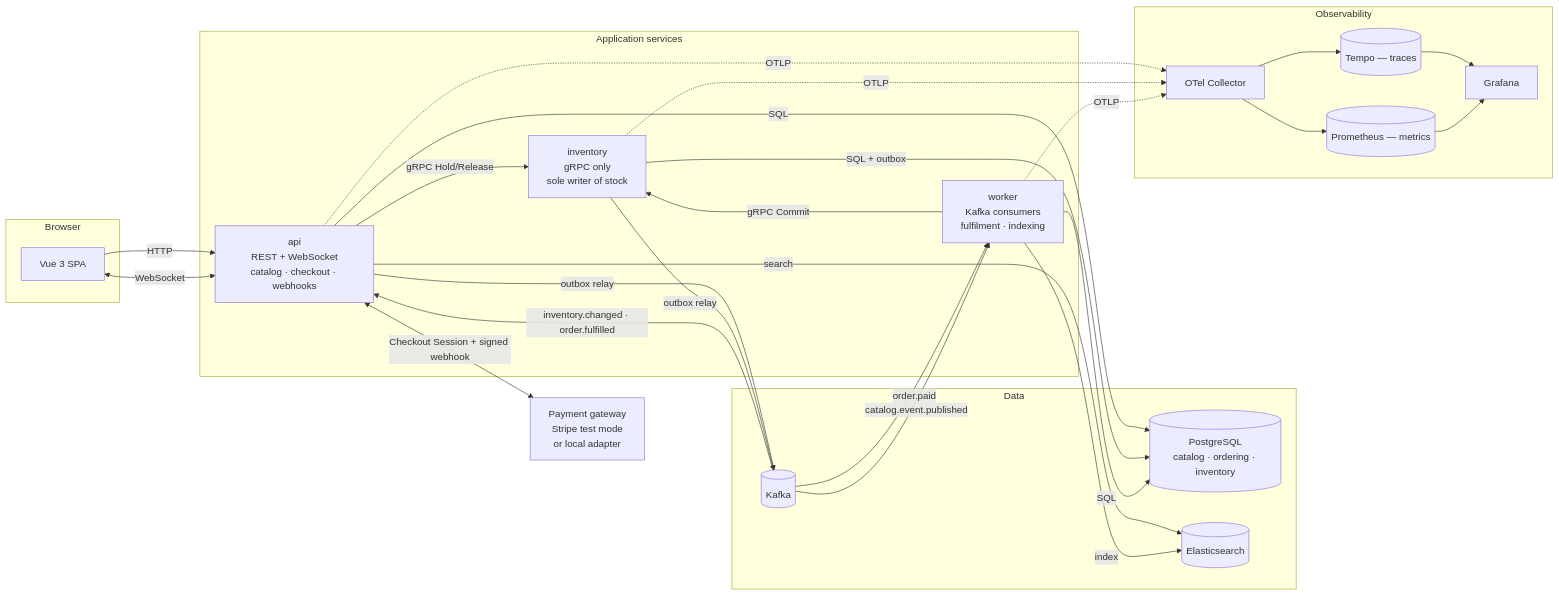
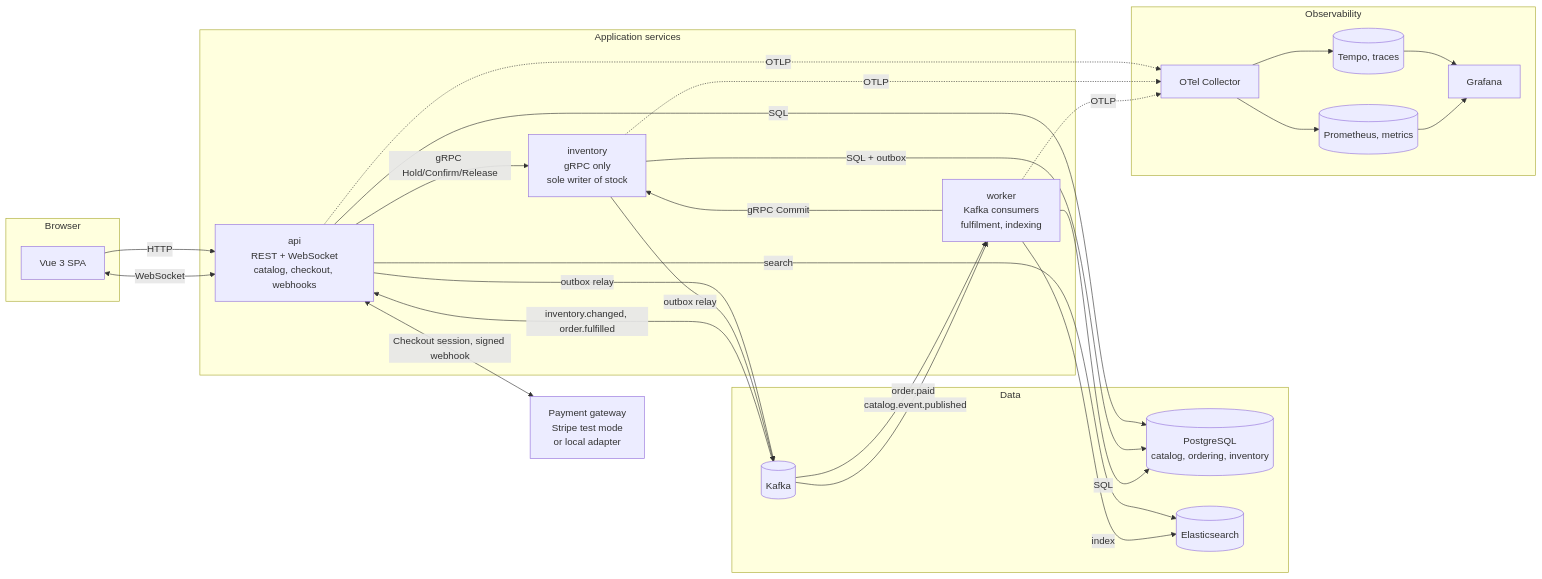
Before and after one commit to Y-sebaei/event-ticketing-platform: the diagram in README.md, drawn with Mermaid. The commit also changed other lines of this file and 1 other file, not shown here.

````diff
--- a/README.md
+++ b/README.md
@@ -13,51 +18,51 @@
 ```mermaid
 flowchart LR
     subgraph browser [Browser]
         WEB[Vue 3 SPA]
     end
 
     subgraph services [Application services]
-        API[api<br/>REST + WebSocket<br/>catalog · checkout · webhooks]
+        API[api<br/>REST + WebSocket<br/>catalog, checkout, webhooks]
         INV[inventory<br/>gRPC only<br/>sole writer of stock]
-        WRK[worker<br/>Kafka consumers<br/>fulfilment · indexing]
+        WRK[worker<br/>Kafka consumers<br/>fulfilment, indexing]
     end
 
     subgraph data [Data]
-        PG[(PostgreSQL<br/>catalog · ordering · inventory)]
+        PG[(PostgreSQL<br/>catalog, ordering, inventory)]
         ES[(Elasticsearch)]
         KFK[(Kafka)]
     end
 
     subgraph obs [Observability]
         OTEL[OTel Collector]
-        TEMPO[(Tempo — traces)]
-        PROM[(Prometheus — metrics)]
+        TEMPO[(Tempo, traces)]
+        PROM[(Prometheus, metrics)]
         GRAF[Grafana]
     end
 
     PAY[Payment gateway<br/>Stripe test mode<br/>or local adapter]
 
     WEB -->|HTTP| API
     WEB <-->|WebSocket| API
-    API -->|gRPC Hold/Release| INV
+    API -->|gRPC Hold/Confirm/Release| INV
     API -->|SQL| PG
     API -->|search| ES
     API -->|outbox relay| KFK
     KFK -->|order.paid| WRK
     KFK -->|catalog.event.published| WRK
-    KFK -->|inventory.changed · order.fulfilled| API
+    KFK -->|inventory.changed, order.fulfilled| API
     INV -->|SQL + outbox| PG
     INV -->|outbox relay| KFK
     WRK -->|gRPC Commit| INV
     WRK -->|SQL| PG
     WRK -->|index| ES
-    API <-->|Checkout Session + signed webhook| PAY
+    API <-->|Checkout session, signed webhook| PAY
 
     API -.OTLP.-> OTEL
     INV -.OTLP.-> OTEL
     WRK -.OTLP.-> OTEL
     OTEL --> TEMPO
     OTEL --> PROM
     TEMPO --> GRAF
     PROM --> GRAF
 ```
````
